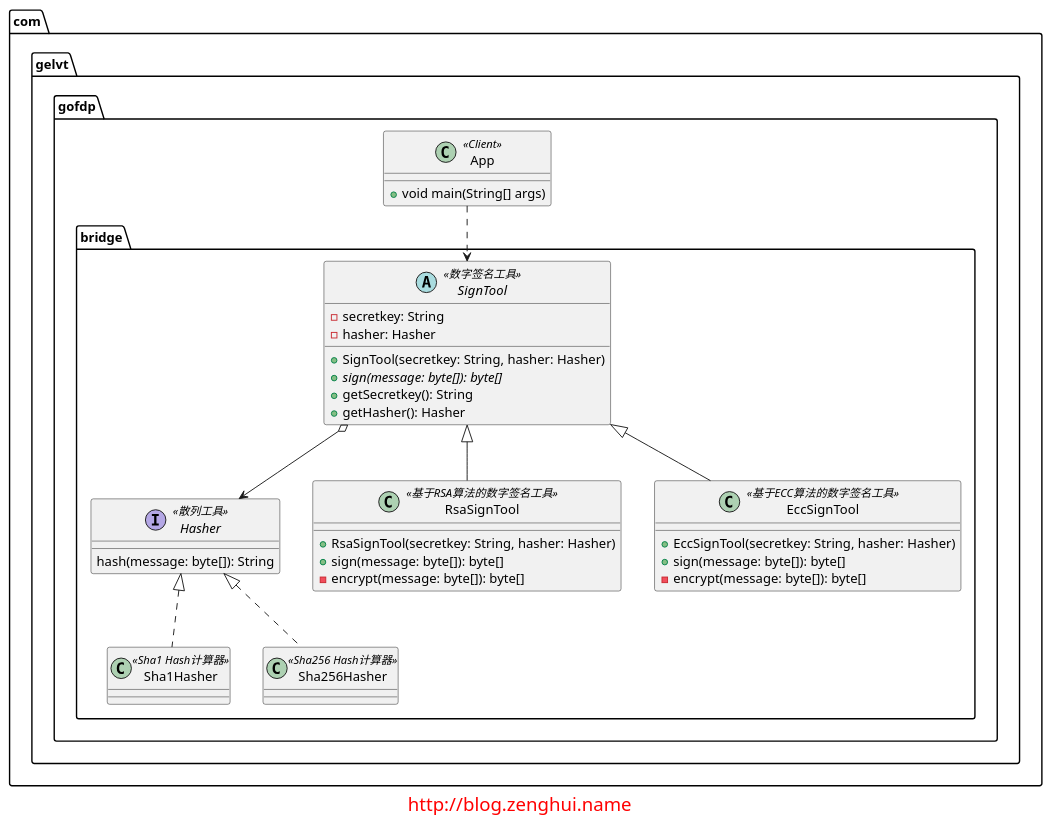
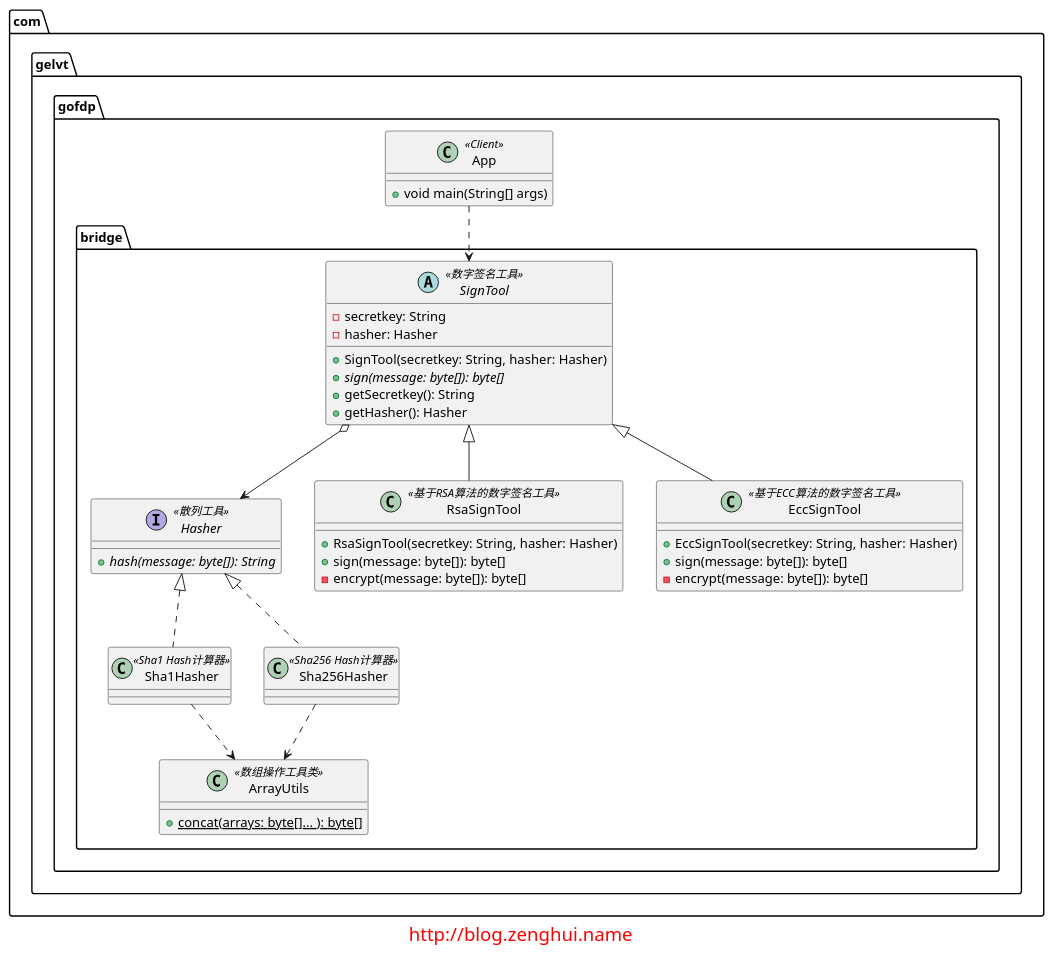
One commit to elvinzeng/java-design-pattern-samples changed the diagram in bridge/diagrams/bridge.puml. Above: the diagram before and after it, drawn with PlantUML. The commit also changed 1 other file, not shown here.

Commit message:
更新桥接模式类图

```diff
--- a/bridge/diagrams/bridge.puml
+++ b/bridge/diagrams/bridge.puml
@@ -1,59 +1,66 @@
 @startuml
 
 package com.gelvt.gofdp.bridge{
 
     abstract class SignTool <<数字签名工具>> {
         - secretkey: String
         - hasher: Hasher
         + SignTool(secretkey: String, hasher: Hasher)
         + {abstract} sign(message: byte[]): byte[]
         + getSecretkey(): String
         + getHasher(): Hasher
     }
 
     interface Hasher <<散列工具>>{
-        hash(message: byte[]): String
+        + {abstract} hash(message: byte[]): String
     }
 
     SignTool o--> Hasher
 
     class Sha1Hasher <<Sha1 Hash计算器>>{
     }
 
     class Sha256Hasher <<Sha256 Hash计算器>>{
     }
 
     Hasher <|.. Sha1Hasher
     Hasher <|.. Sha256Hasher
 
     class RsaSignTool <<基于RSA算法的数字签名工具>>{
         + RsaSignTool(secretkey: String, hasher: Hasher)
         + sign(message: byte[]): byte[]
         - encrypt(message: byte[]): byte[]
     }
 
     class EccSignTool <<基于ECC算法的数字签名工具>>{
         + EccSignTool(secretkey: String, hasher: Hasher)
         + sign(message: byte[]): byte[]
         - encrypt(message: byte[]): byte[]
     }
 
     SignTool <|-- RsaSignTool
     SignTool <|-- EccSignTool
 
+    class ArrayUtils <<数组操作工具类>>{
+        + {static} concat(arrays: byte[]... ): byte[]
+    }
+
+    Sha1Hasher ..> ArrayUtils
+    Sha256Hasher ..> ArrayUtils
+
 }
 
 package com.gelvt.gofdp{
     class App <<Client>>{
         + void main(String[] args)
     }
 }
 
 App ..> SignTool
 
 
 footer
 <font size="20" color="red">http://blog.zenghui.name</font>
 endfooter
 
 @enduml
```
